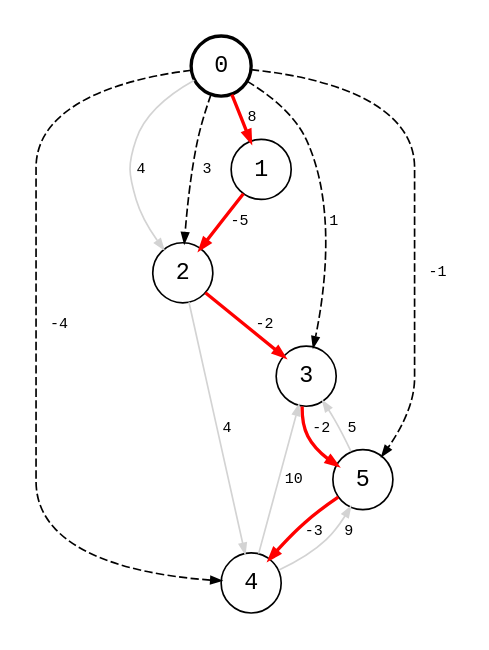
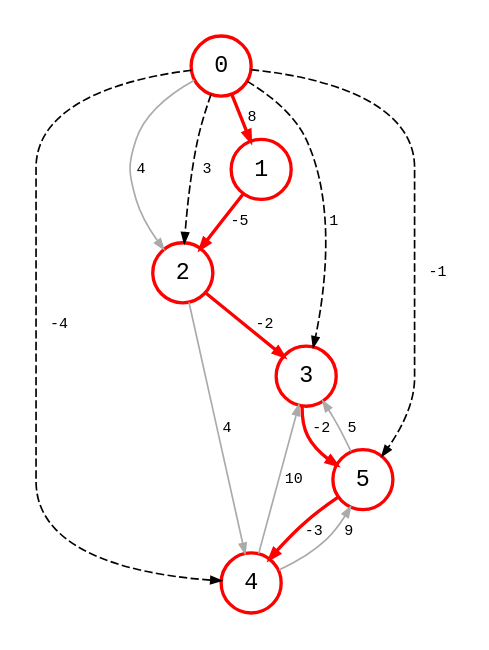
One commit to bsdrks/graaf-images changed the diagram in src/bellman_ford_moore_1.dot. Above: the diagram before and after it, drawn with Graphviz. The commit also changed 21 other files, not shown here.

Commit message:
unify diagram style

```diff
--- a/src/bellman_ford_moore_1.dot
+++ b/src/bellman_ford_moore_1.dot
@@ -1,25 +1,25 @@
 digraph {
     node [shape=circle, fontname="monospace"];
     edge [arrowsize=0.6, fontname="monospace", fontsize=9];
     layout=dot;
     pad=0.2;
     ranksep=0.2;
 
-    0 [style=bold];
+    0, 1, 2, 3, 4, 5 [style=bold, color=red];
 
     0 -> 1 [label=" 8", color=red, style=bold];
-    0 -> 2 [label="4", color=lightgray];
+    0 -> 2 [label="4", color="#aaaaaa"];
     1 -> 2 [label=" -5", color=red, style=bold];
     2 -> 3 [label=" -2", color=red, style=bold];
-    2 -> 4 [label=" 4", color=lightgray];
+    2 -> 4 [label=" 4", color="#aaaaaa"];
     3 -> 5 [label=" -2", color=red, style=bold];
-    4 -> 3 [label="10", color=lightgray];
-    4 -> 5 [label=" 9", color=lightgray];
-    5 -> 3 [label=" 5", color=lightgray];
+    4 -> 3 [label="10", color="#aaaaaa"];
+    4 -> 5 [label=" 9", color="#aaaaaa"];
+    5 -> 3 [label=" 5", color="#aaaaaa"];
     5 -> 4 [label="-3", color=red, style=bold];
 
     0 -> 2 [label=" 3", style=dashed];
     0 -> 3 [label=" 1", style=dashed];
     0 -> 4 [label="  -4", style=dashed];
     0 -> 5 [label="  -1", style=dashed];
 }
```
